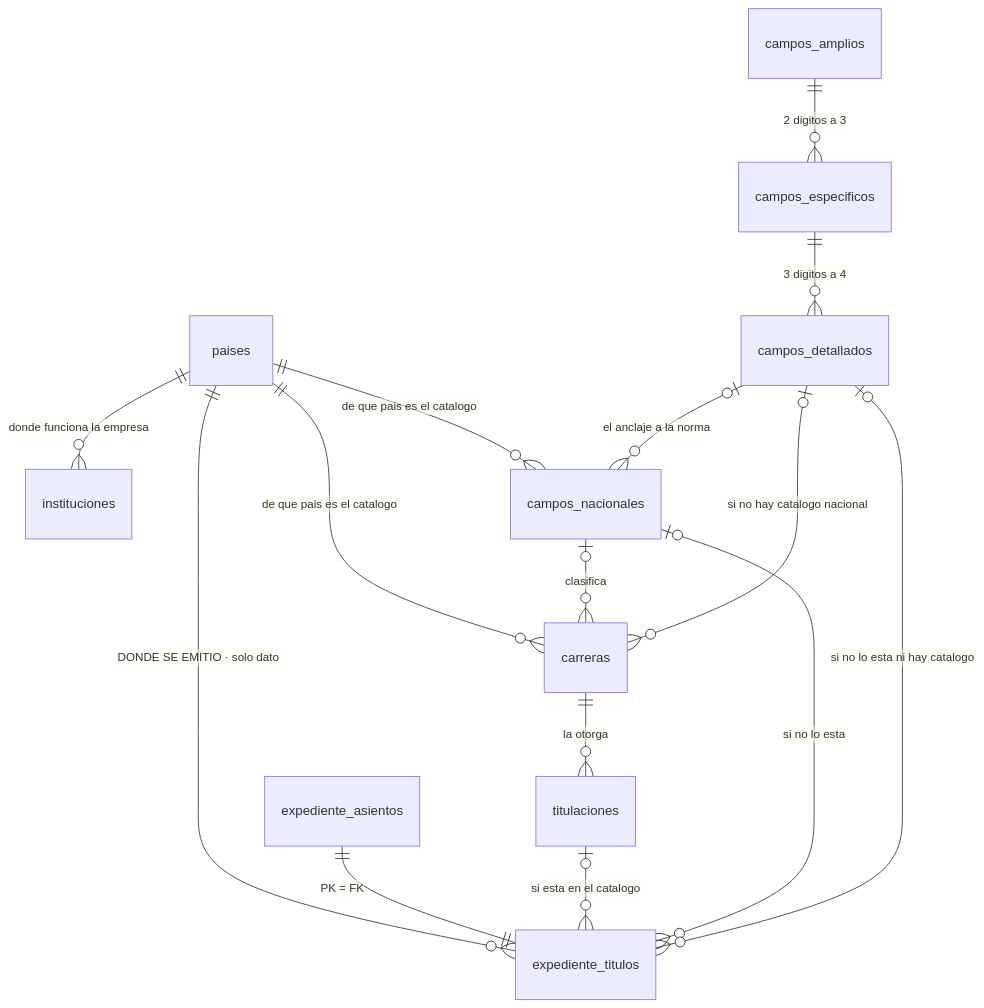
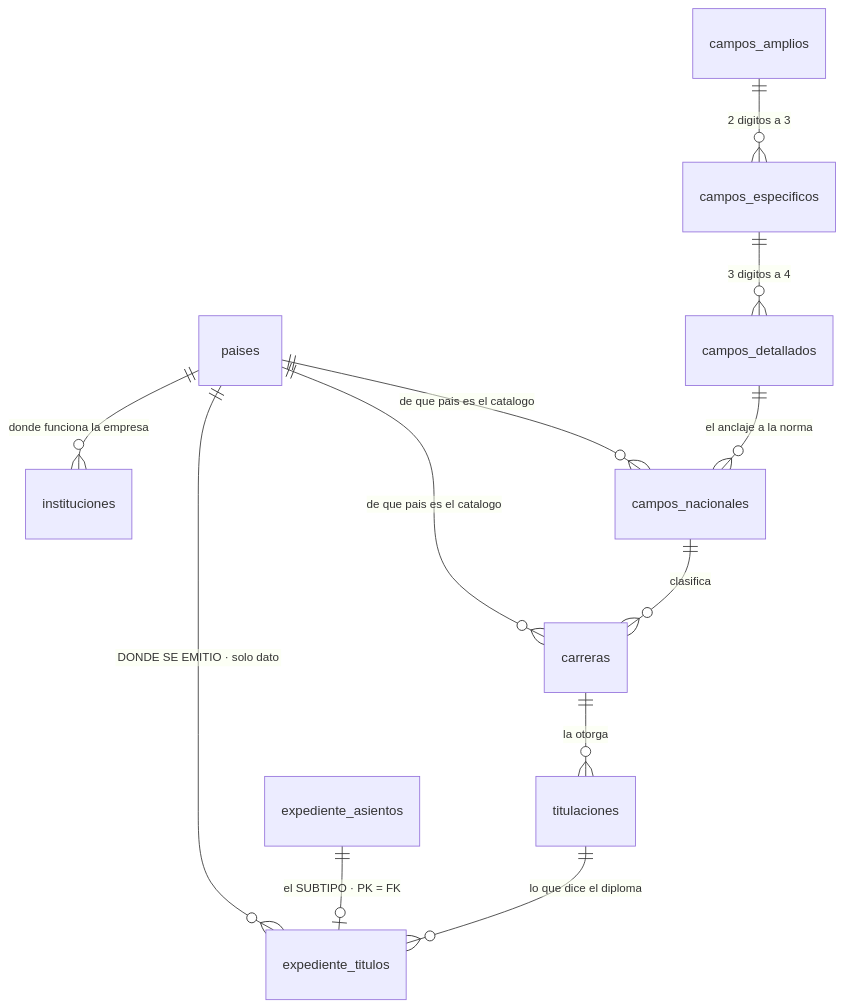
The fourth of 8 diagrams in docs/src/content/docs/complemento/expediente.md (fresvel/deasy), drawn with Mermaid before and after one commit. The commit also changed other lines of this file and 1 other file, not shown here.

First line of the commit message:
docs(expediente): fuera el texto libre, una sola relacion a la norma, y el subtipo bien dibujado

````diff
--- a/docs/src/content/docs/complemento/expediente.md
+++ b/docs/src/content/docs/complemento/expediente.md
@@ -277,20 +278,17 @@
 ```mermaid
 erDiagram
   paises ||--o{ instituciones : "donde funciona la empresa"
   paises ||--o{ campos_nacionales : "de que pais es el catalogo"
   paises ||--o{ carreras : "de que pais es el catalogo"
   paises ||--o{ expediente_titulos : "DONDE SE EMITIO · solo dato"
 
   campos_amplios ||--o{ campos_especificos : "2 digitos a 3"
   campos_especificos ||--o{ campos_detallados : "3 digitos a 4"
-  campos_detallados |o--o{ campos_nacionales : "el anclaje a la norma"
+  campos_detallados ||--o{ campos_nacionales : "el anclaje a la norma"
 
-  campos_nacionales |o--o{ carreras : "clasifica"
-  campos_detallados |o--o{ carreras : "si no hay catalogo nacional"
+  campos_nacionales ||--o{ carreras : "clasifica"
   carreras ||--o{ titulaciones : "la otorga"
 
-  expediente_asientos ||--|| expediente_titulos : "PK = FK"
-  titulaciones |o--o{ expediente_titulos : "si esta en el catalogo"
-  campos_nacionales |o--o{ expediente_titulos : "si no lo esta"
-  campos_detallados |o--o{ expediente_titulos : "si no lo esta ni hay catalogo"
+  expediente_asientos ||--o| expediente_titulos : "el SUBTIPO · PK = FK"
+  titulaciones ||--o{ expediente_titulos : "lo que dice el diploma"
 ```
````
